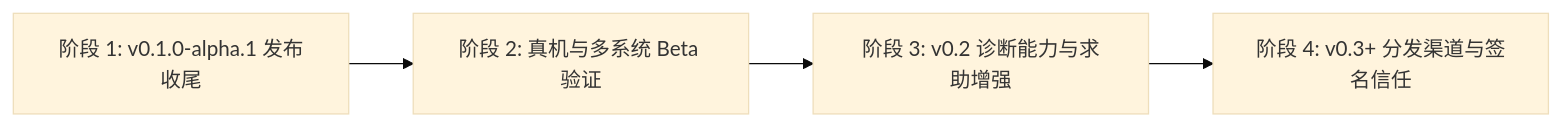
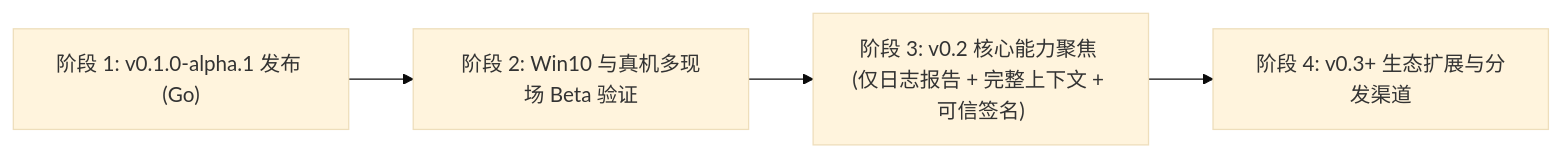
The diagram in docs/PROJECT_SUMMARY_AND_ROADMAP.md (Z1FU114514/GameCrashKit), drawn with Mermaid (base theme) before and after one commit. The commit also changed other lines of this file, not shown here.

Commit message:
docs: update summary and roadmap after P0/P1 review remediation

````diff
--- a/docs/PROJECT_SUMMARY_AND_ROADMAP.md
+++ b/docs/PROJECT_SUMMARY_AND_ROADMAP.md
@@ -97,6 +81,6 @@
 ```mermaid
 flowchart LR
-    S1["阶段 1: v0.1.0-alpha.1 发布收尾"] --> S2["阶段 2: 真机与多系统 Beta 验证"]
-    S2 --> S3["阶段 3: v0.2 诊断能力与求助增强"]
-    S3 --> S4["阶段 4: v0.3+ 分发渠道与签名信任"]
+    S1["阶段 1: v0.1.0-alpha.1 发布 (Go)"] --> S2["阶段 2: Win10 与真机多现场 Beta 验证"]
+    S2 --> S3["阶段 3: v0.2 核心能力聚焦 (仅日志报告 + 完整上下文 + 可信签名)"]
+    S3 --> S4["阶段 4: v0.3+ 生态扩展与分发渠道"]
 ```
````
